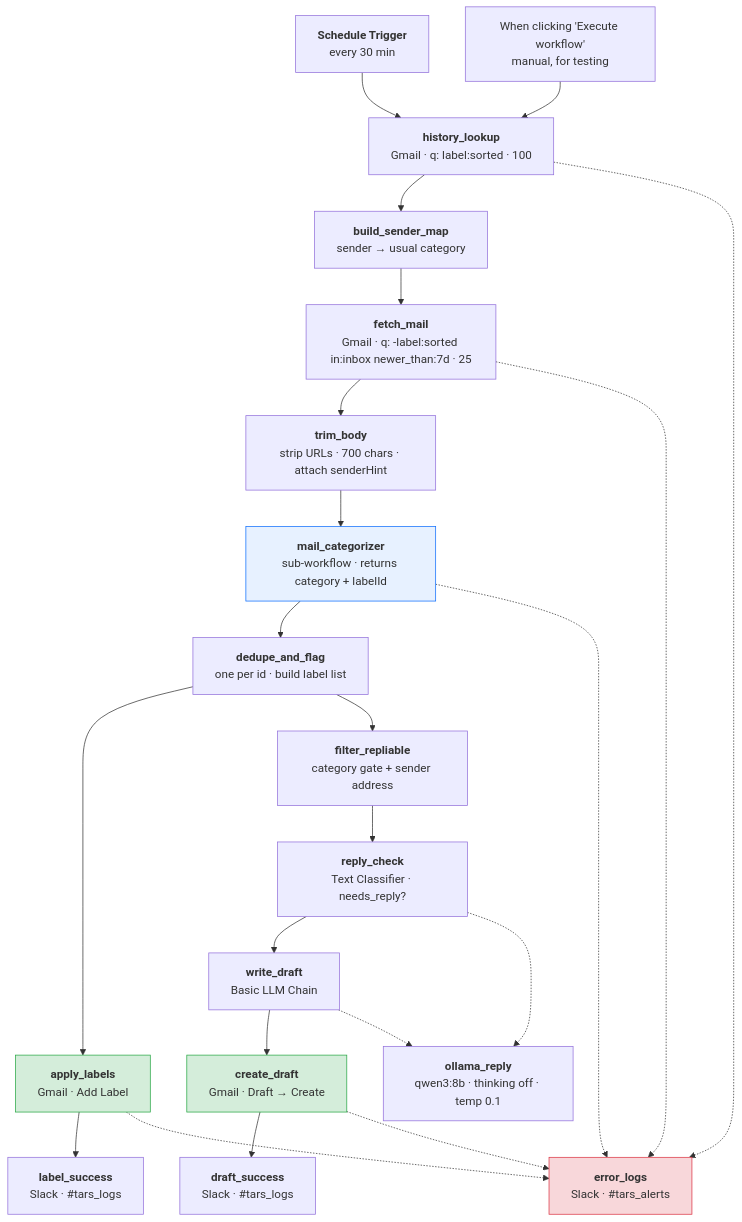
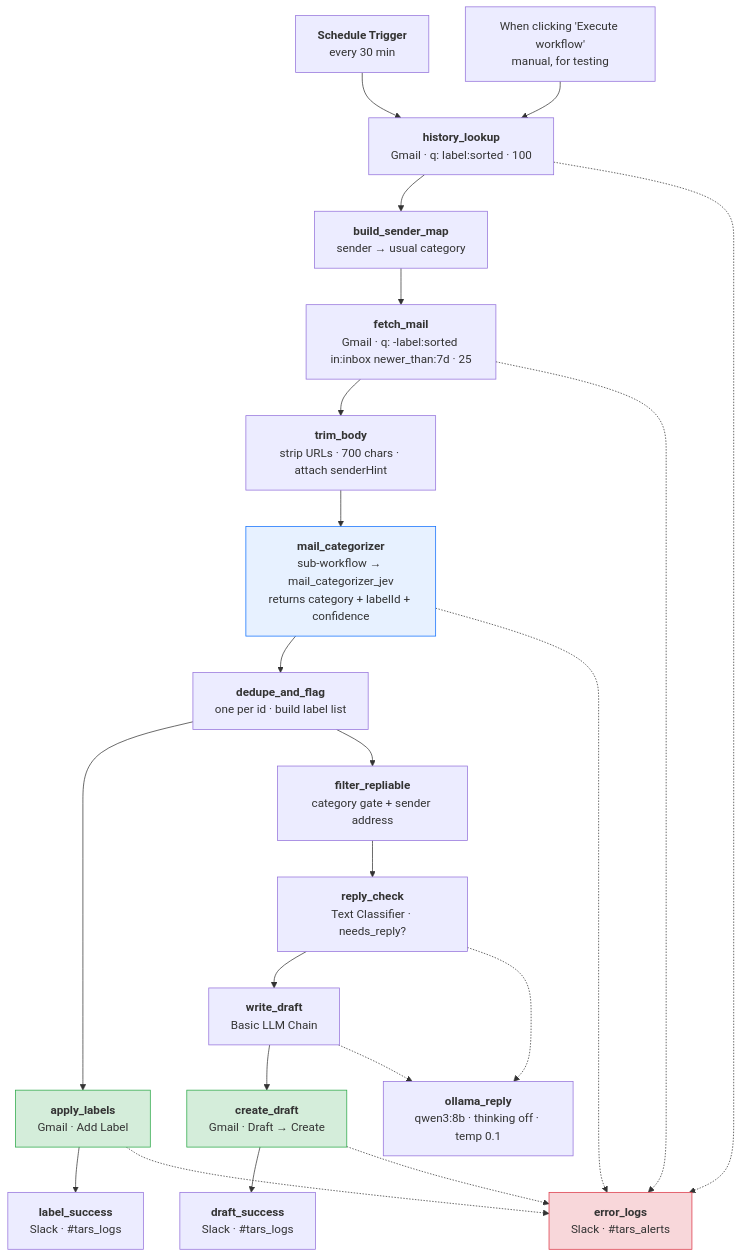
Before and after one commit to zeltraxion/automation-stack: the diagram in docs/mail_label_draft.md, drawn with Mermaid. The commit also changed other lines of this file and 2 other files, not shown here.

Commit message:
docs: mark mail_categorizer superseded and kept as rollback

````diff
--- a/docs/mail_label_draft.md
+++ b/docs/mail_label_draft.md
@@ -17,38 +17,38 @@
 ```mermaid
 flowchart TD
     T1["<b>Schedule Trigger</b><br/>every 30 min"]
     T2["When clicking 'Execute workflow'<br/>manual, for testing"]
     H["<b>history_lookup</b><br/>Gmail · q: label:sorted · 100"]
     M["<b>build_sender_map</b><br/>sender → usual category"]
     F["<b>fetch_mail</b><br/>Gmail · q: -label:sorted in:inbox newer_than:7d · 25"]
     B["<b>trim_body</b><br/>strip URLs · 700 chars · attach senderHint"]
-    C["<b>mail_categorizer</b><br/>sub-workflow · returns category + labelId"]
+    C["<b>mail_categorizer</b><br/>sub-workflow → mail_categorizer_jev<br/>returns category + labelId + confidence"]
     D["<b>dedupe_and_flag</b><br/>one per id · build label list"]
     A["<b>apply_labels</b><br/>Gmail · Add Label"]
     R["<b>filter_repliable</b><br/>category gate + sender address"]
     K["<b>reply_check</b><br/>Text Classifier · needs_reply?"]
     W["<b>write_draft</b><br/>Basic LLM Chain"]
     O["<b>ollama_reply</b><br/>qwen3:8b · thinking off · temp 0.1"]
     G["<b>create_draft</b><br/>Gmail · Draft → Create"]
     L1["<b>label_success</b><br/>Slack · #tars_logs"]
     L2["<b>draft_success</b><br/>Slack · #tars_logs"]
     L3["<b>error_logs</b><br/>Slack · #tars_alerts"]
     T1 --> H
     T2 --> H
     H --> M --> F --> B --> C --> D
     D --> A
     D --> R --> K --> W --> G
     K -.-> O
     W -.-> O
     A --> L1
     G --> L2
     H -.-> L3
     F -.-> L3
     C -.-> L3
     A -.-> L3
     G -.-> L3
     style L3 fill:#f8d7da,stroke:#dc3545
     style C fill:#e7f1ff,stroke:#0d6efd
     style A fill:#d4edda,stroke:#28a745
     style G fill:#d4edda,stroke:#28a745
 ```
````
